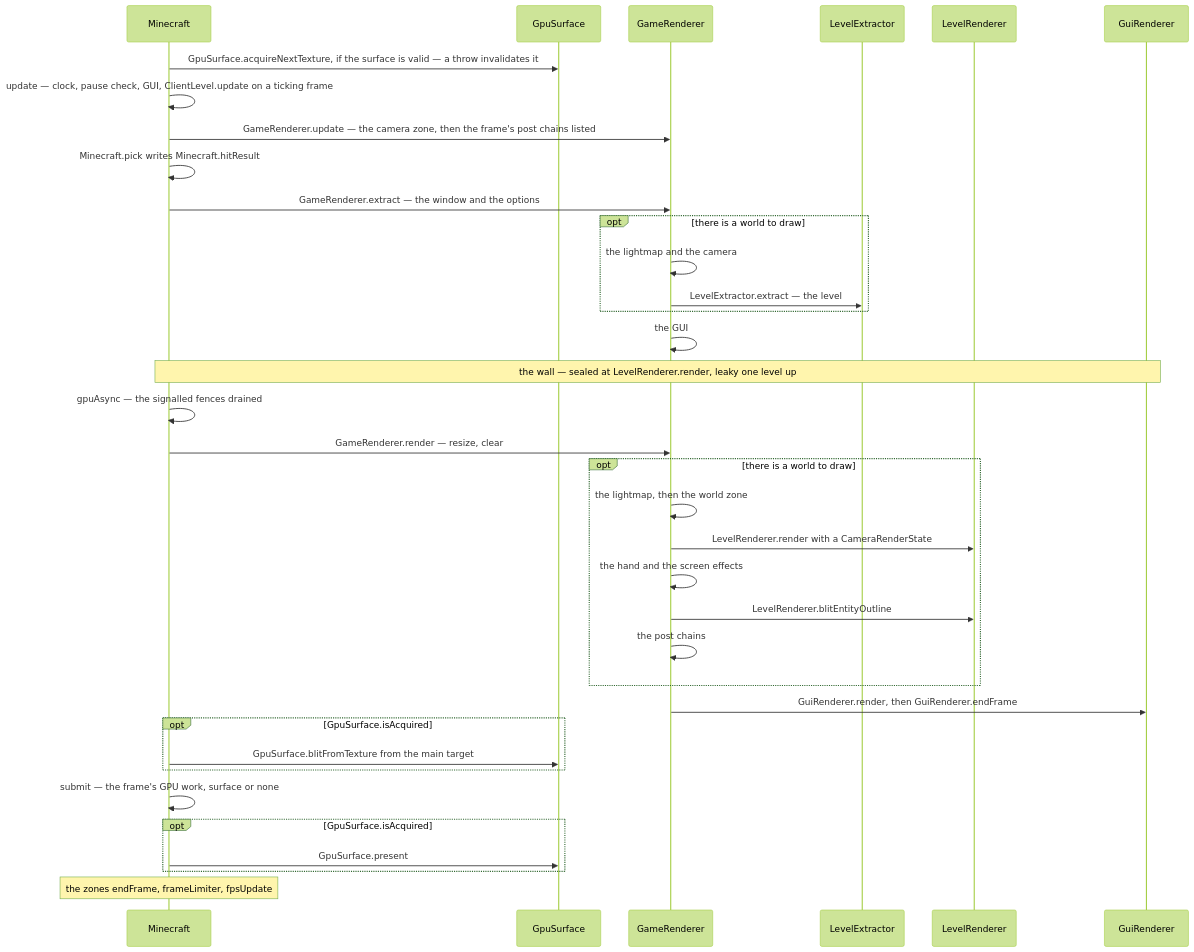
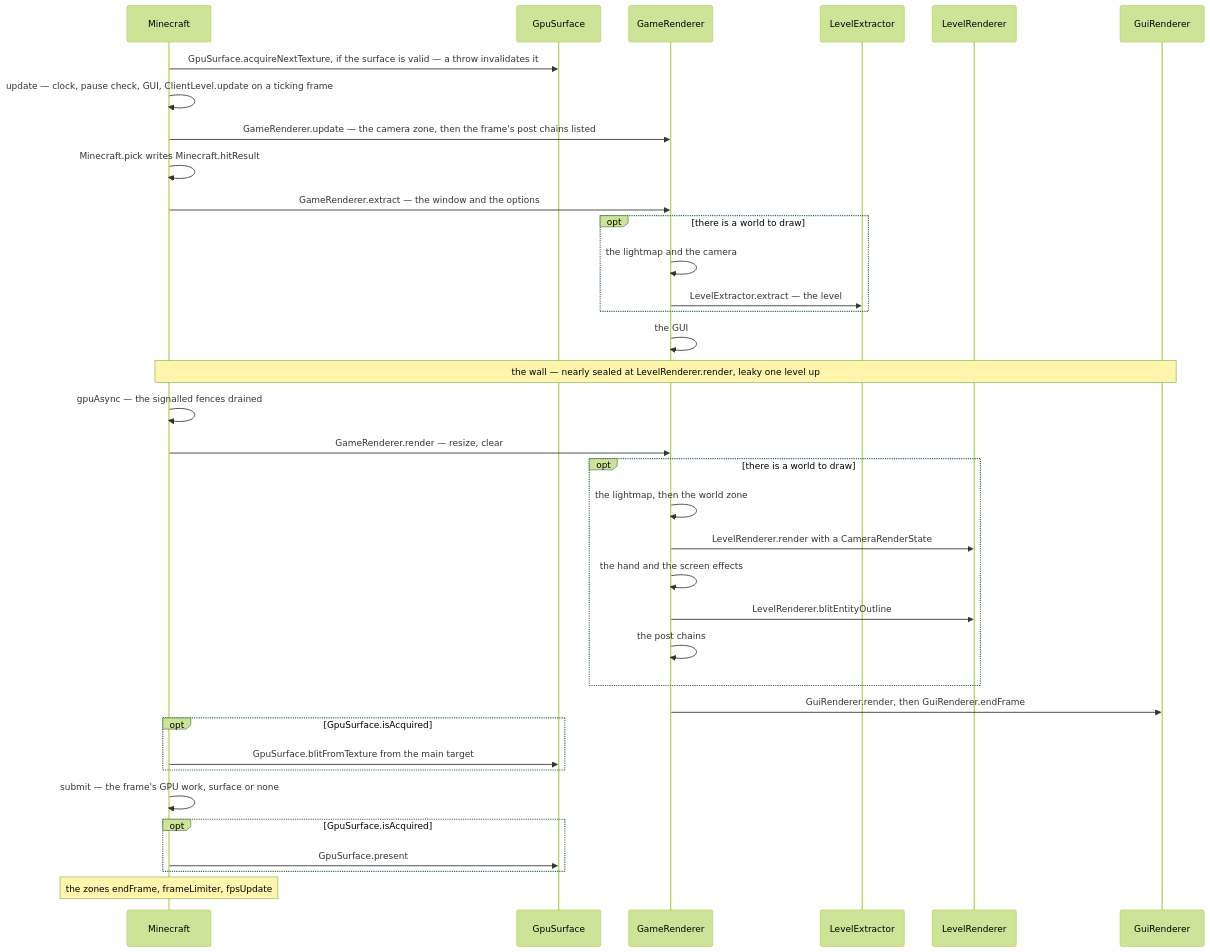
The diagram in src/systems/rendering/the-frame.md (AlexanderjFraser/MinecraftDocs), drawn with Mermaid (forest theme) before and after one commit. The commit also changed other lines of this file and 18 other files, not shown here.

````diff
--- a/src/systems/rendering/the-frame.md
+++ b/src/systems/rendering/the-frame.md
@@ -67,39 +67,39 @@
 ```mermaid
 sequenceDiagram
     participant MC as Minecraft
     participant GpuS as GpuSurface
     participant GR as GameRenderer
     participant LX as LevelExtractor
     participant LR as LevelRenderer
     participant GuiR as GuiRenderer
 
     MC->>GpuS: GpuSurface.acquireNextTexture, if the surface is valid — a throw invalidates it
     MC->>MC: update — clock, pause check, GUI, ClientLevel.update on a ticking frame
     MC->>GR: GameRenderer.update — the camera zone, then the frame's post chains listed
     MC->>MC: Minecraft.pick writes Minecraft.hitResult
     MC->>GR: GameRenderer.extract — the window and the options
     opt there is a world to draw
         GR->>GR: the lightmap and the camera
         GR->>LX: LevelExtractor.extract — the level
     end
     GR->>GR: the GUI
-    Note over MC,GuiR: the wall — sealed at LevelRenderer.render, leaky one level up
+    Note over MC,GuiR: the wall — nearly sealed at LevelRenderer.render, leaky one level up
     MC->>MC: gpuAsync — the signalled fences drained
     MC->>GR: GameRenderer.render — resize, clear
     opt there is a world to draw
         GR->>GR: the lightmap, then the world zone
         GR->>LR: LevelRenderer.render with a CameraRenderState
         GR->>GR: the hand and the screen effects
         GR->>LR: LevelRenderer.blitEntityOutline
         GR->>GR: the post chains
     end
     GR->>GuiR: GuiRenderer.render, then GuiRenderer.endFrame
     opt GpuSurface.isAcquired
         MC->>GpuS: GpuSurface.blitFromTexture from the main target
     end
     MC->>MC: submit — the frame's GPU work, surface or none
     opt GpuSurface.isAcquired
         MC->>GpuS: GpuSurface.present
     end
     Note over MC: the zones endFrame, frameLimiter, fpsUpdate
 ```
````
